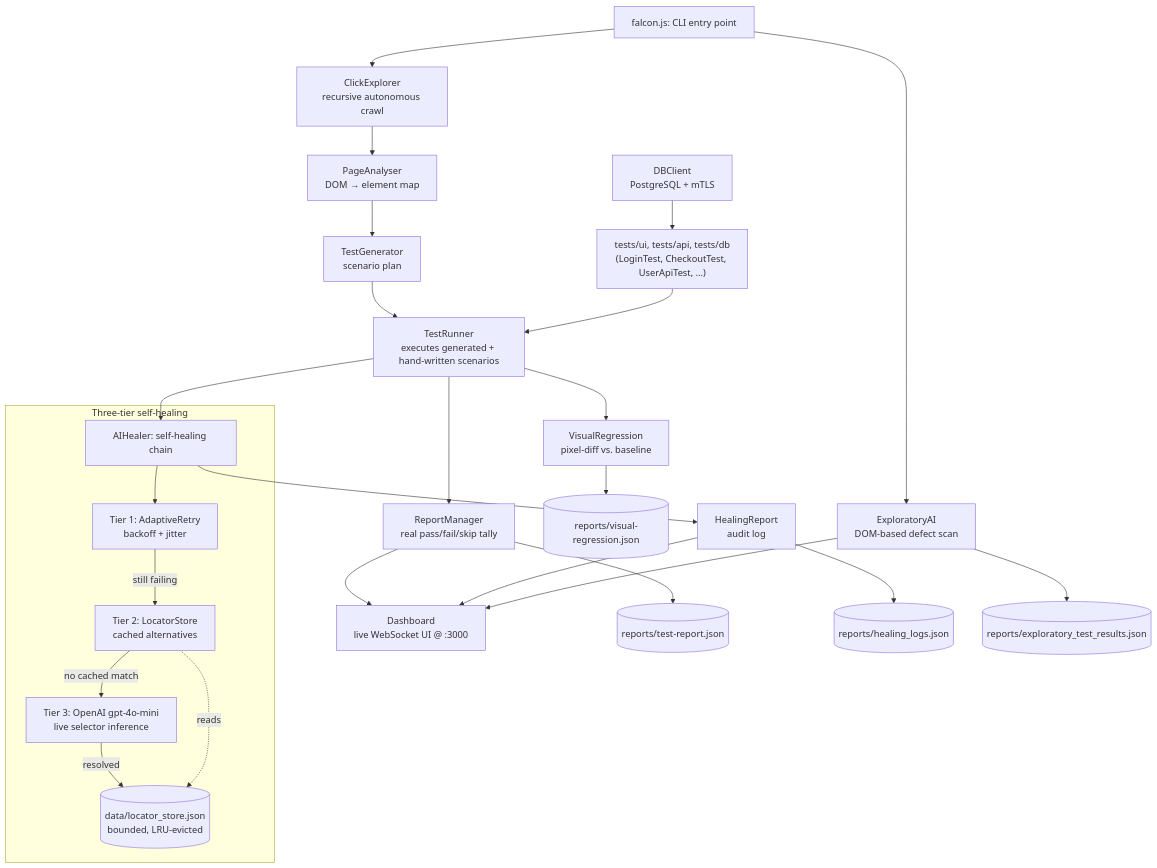
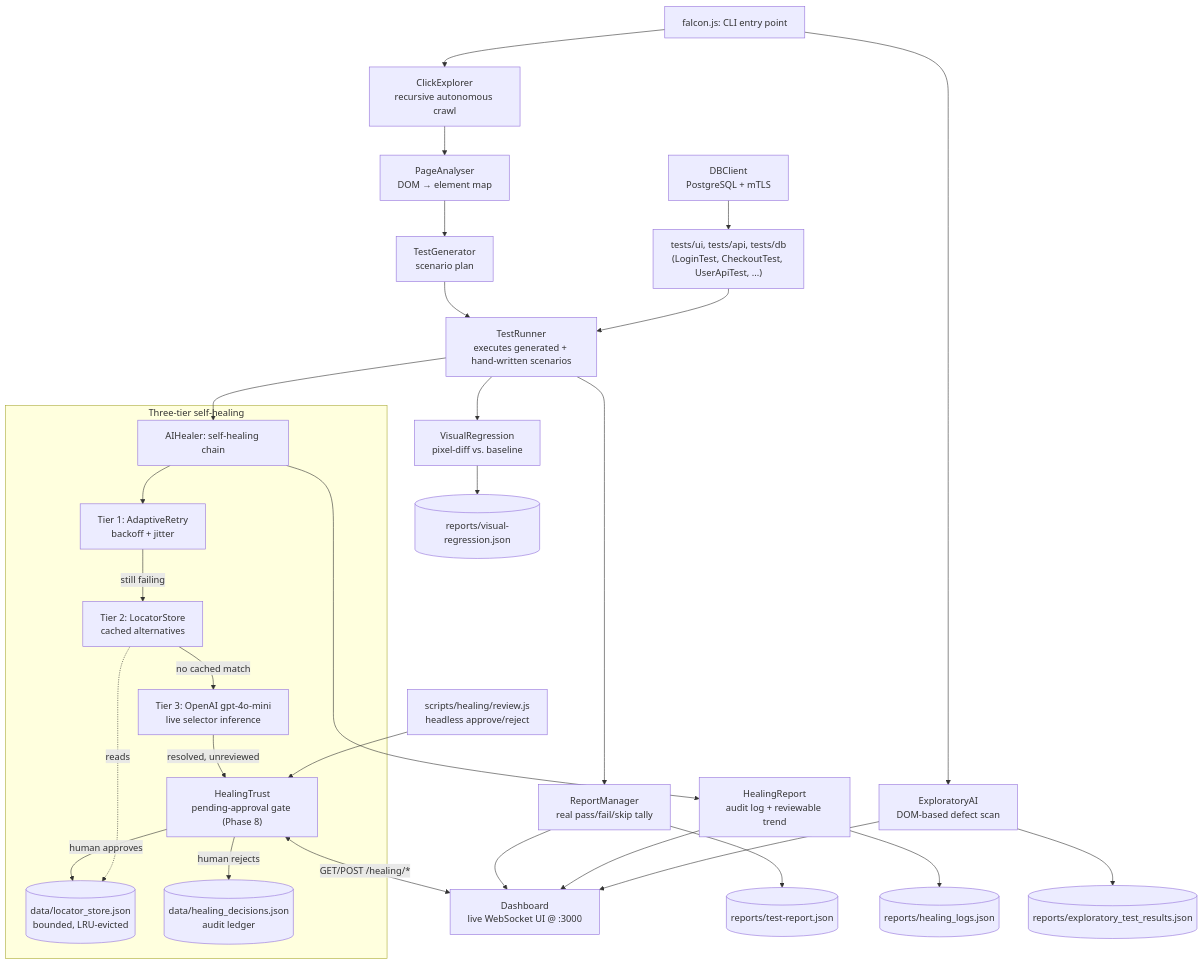
One commit to eddieir/Falcon-Automation changed the diagram in README.md. Above: the diagram before and after it, drawn with Mermaid. The commit also changed other lines of this file and 13 other files, not shown here.

````diff
--- a/README.md
+++ b/README.md
@@ -196,34 +238,38 @@
 ```mermaid
 flowchart TD
     CLI["falcon.js: CLI entry point"] --> Explore["ExploratoryAI\nDOM-based defect scan"]
     CLI --> Crawl["ClickExplorer\nrecursive autonomous crawl"]
     Crawl --> Analyse["PageAnalyser\nDOM → element map"]
     Analyse --> Gen["TestGenerator\nscenario plan"]
     Gen --> Runner["TestRunner\nexecutes generated + hand-written scenarios"]
 
     Suite["tests/ui, tests/api, tests/db\n(LoginTest, CheckoutTest, UserApiTest, ...)"] --> Runner
 
     Runner --> Healer["AIHealer: self-healing chain"]
     subgraph Healing["Three-tier self-healing"]
         Healer --> T1["Tier 1: AdaptiveRetry\nbackoff + jitter"]
         T1 -->|still failing| T2["Tier 2: LocatorStore\ncached alternatives"]
         T2 -->|no cached match| T3["Tier 3: OpenAI gpt-4o-mini\nlive selector inference"]
-        T3 -->|resolved| Store[("data/locator_store.json\nbounded, LRU-evicted")]
+        T3 -->|resolved, unreviewed| Trust["HealingTrust\npending-approval gate (Phase 8)"]
+        Trust -->|human approves| Store[("data/locator_store.json\nbounded, LRU-evicted")]
+        Trust -->|human rejects| Decisions[("data/healing_decisions.json\naudit ledger")]
         T2 -.reads.-> Store
     end
 
     Runner --> VR["VisualRegression\npixel-diff vs. baseline"]
     Runner --> RM["ReportManager\nreal pass/fail/skip tally"]
-    Healer --> HR["HealingReport\naudit log"]
+    Healer --> HR["HealingReport\naudit log + reviewable trend"]
 
     RM --> Dash["Dashboard\nlive WebSocket UI @ :3000"]
     HR --> Dash
     Explore --> Dash
+    Trust <-->|GET/POST /healing/*| Dash
+    CLIReview["scripts/healing/review.js\nheadless approve/reject"] --> Trust
 
     RM --> ReportsJSON[("reports/test-report.json")]
     HR --> HealLogJSON[("reports/healing_logs.json")]
     VR --> DiffJSON[("reports/visual-regression.json")]
     Explore --> ExploreJSON[("reports/exploratory_test_results.json")]
 
     DB["DBClient\nPostgreSQL + mTLS"] --> Suite
 ```
````
